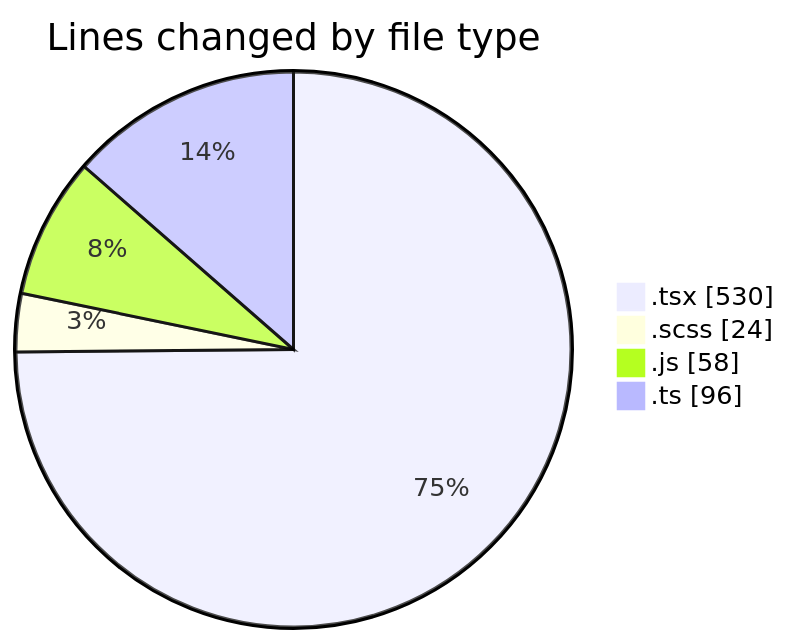
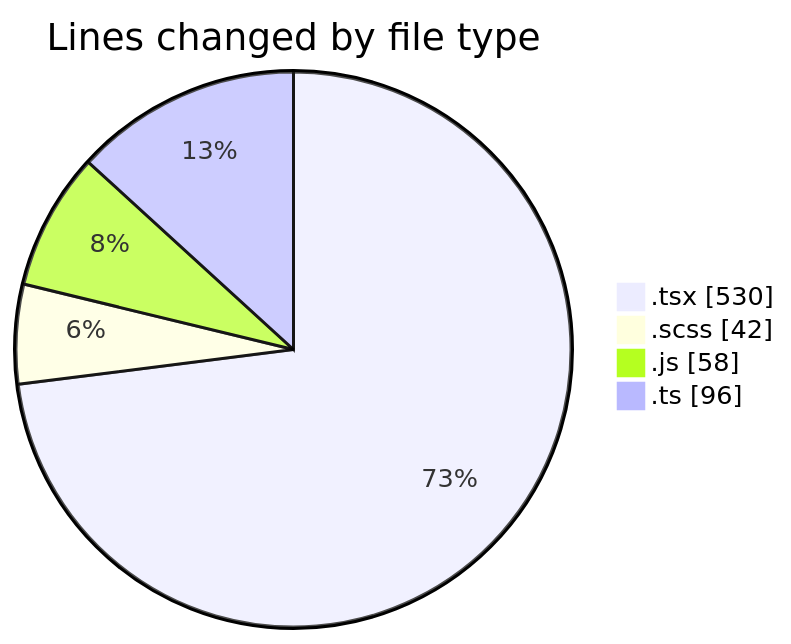
Before and after one commit to momahboobian/code-tracking: the first of 2 diagrams in 2025-05-02/cda/README.md, drawn with Mermaid. The commit also changed other lines of this file and 1 other file, not shown here.

````diff
--- a/2025-05-02/cda/README.md
+++ b/2025-05-02/cda/README.md
@@ -24,8 +25,8 @@
 ```mermaid
 pie showData
 title Lines changed by file type
 ".tsx" : 530
-".scss" : 24
+".scss" : 42
 ".js" : 58
 ".ts" : 96
 ```
````
